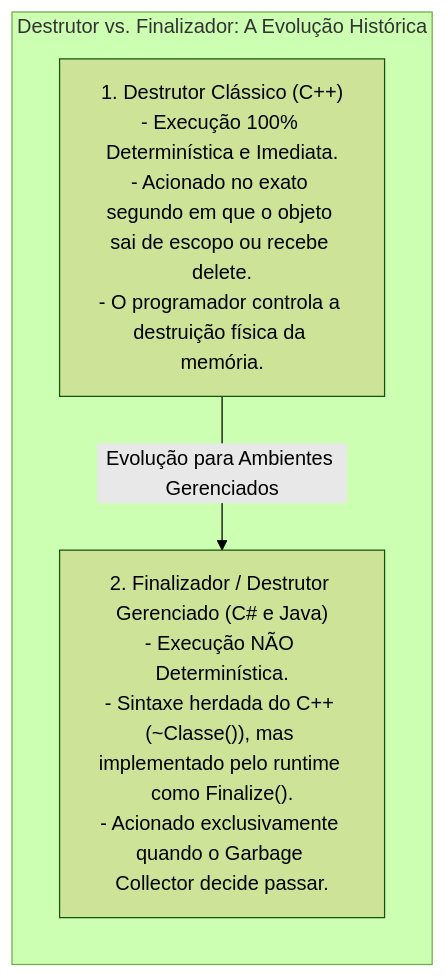
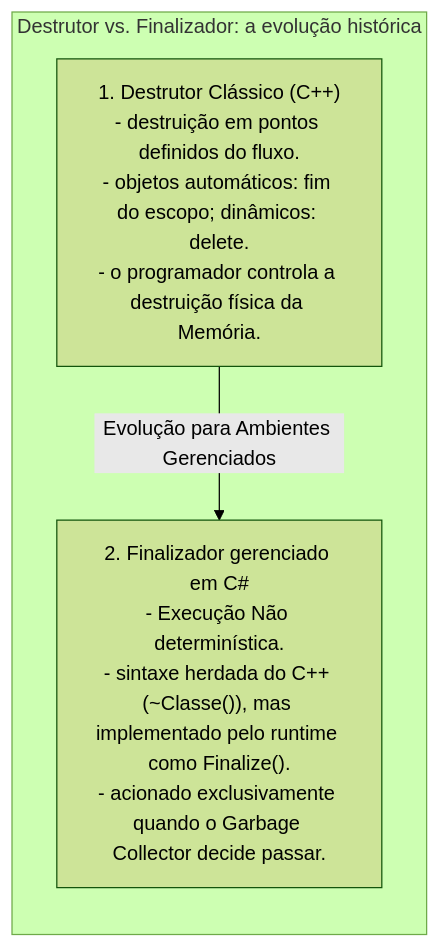
Before and after one commit to leorruas/puc: the seventh of 7 diagrams in 01. Programacao Modular/10. Destrutores e finalizadores (desalocação de memória e liberação de recursos).md, drawn with Mermaid (forest theme). The commit also changed other lines of this file and 10 other files, not shown here.

````diff
--- a/01. Programacao Modular/10. Destrutores e finalizadores (desalocação de memória e liberação de recursos).md
+++ b/01. Programacao Modular/10. Destrutores e finalizadores (desalocação de memória e liberação de recursos).md
@@ -144,10 +412,10 @@
 ```mermaid
 flowchart TD
-    subgraph Nomenclatura ["Destrutor vs. Finalizador: A Evolução Histórica"]
+    subgraph Nomenclatura ["Destrutor vs. Finalizador: a evolução histórica"]
         direction TB
-        CPP["1. Destrutor Clássico (C++)<br>- Execução 100% Determinística e Imediata.<br>- Acionado no exato segundo em que o objeto sai de escopo ou recebe delete.<br>- O programador controla a destruição física da memória."]
-        CS["2. Finalizador / Destrutor Gerenciado (C# e Java)<br>- Execução NÃO Determinística.<br>- Sintaxe herdada do C++ (~Classe()), mas implementado pelo runtime como Finalize().<br>- Acionado exclusivamente quando o Garbage Collector decide passar."]
+        CPP["1. Destrutor Clássico (C++)<br>- destruição em pontos definidos do fluxo.<br>- objetos automáticos: fim do escopo; dinâmicos: delete.<br>- o programador controla a destruição física da Memória."]
+        CS["2. Finalizador gerenciado em C#<br>- Execução Não determinística.<br>- sintaxe herdada do C++ (~Classe()), mas implementado pelo runtime como Finalize().<br>- acionado exclusivamente quando o Garbage Collector decide passar."]
 
         CPP -->|Evolução para Ambientes Gerenciados| CS
     end
 ```
````
